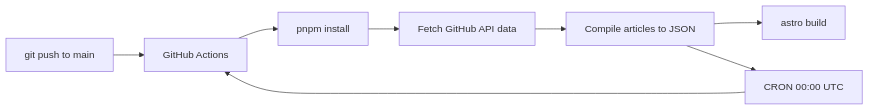
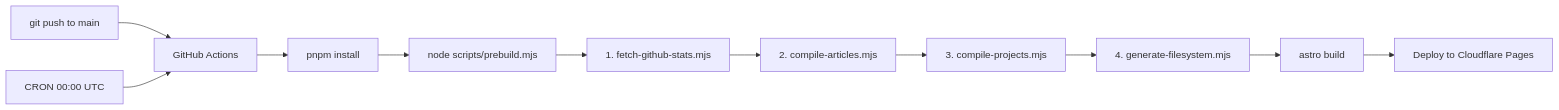
One commit to mansyar/portfolio-v3 changed the diagram in docs/TDD.md. Above: the diagram before and after it, drawn with Mermaid. The commit also changed other lines of this file and 6 other files, not shown here.

Commit message:
docs(conductor): Synchronize PRD, TDD, and ROADMAP for Track 3A completion

````diff
--- a/docs/TDD.md
+++ b/docs/TDD.md
@@ -693,11 +722,14 @@
 ```mermaid
 graph LR
     A[git push to main] --> B[GitHub Actions]
     B --> C[pnpm install]
-    C --> D[Fetch GitHub API data]
-    D --> E[Compile articles to JSON]
-    E --> F[astro build]
-    E -->     G[Deploy to Cloudflare Pages]
+    C --> D[node scripts/prebuild.mjs]
+    D --> D1[1. fetch-github-stats.mjs]
+    D1 --> D2[2. compile-articles.mjs]
+    D2 --> D3[3. compile-projects.mjs]
+    D3 --> D4[4. generate-filesystem.mjs]
+    D4 --> E[astro build]
+    E --> F[Deploy to Cloudflare Pages]
 
     G[CRON 00:00 UTC] --> B
 ```
````
